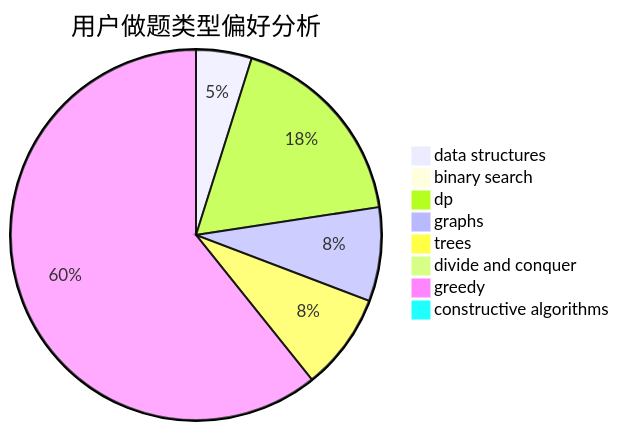
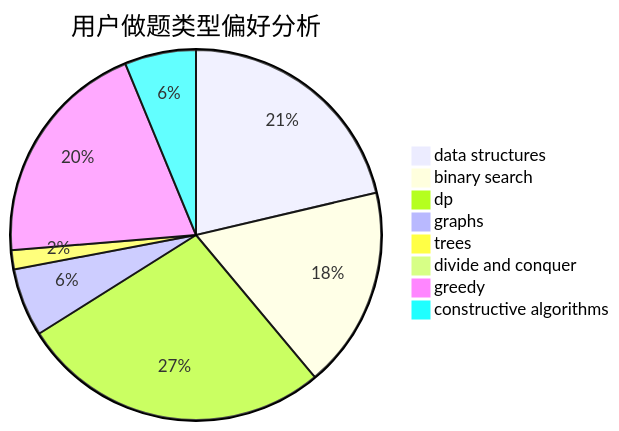
The second of 3 diagrams in docs/user/u1179.md (sherpahu/cfrs.github.io), drawn with Mermaid before and after one commit. The commit also changed other lines of this file and 2770 other files, not shown here.

````diff
--- a/docs/user/u1179.md
+++ b/docs/user/u1179.md
@@ -23,11 +23,11 @@
 ```mermaid
 pie title 用户做题类型偏好分析
-    "data structures" :  54
-    "binary search" :  2
-    "dp" :  197
-    "graphs" :  91
-    "trees" :  94
+    "data structures" :  154
+    "binary search" :  127
+    "dp" :  196
+    "graphs" :  43
+    "trees" :  12
     "divide and conquer" :  0
-    "greedy" :  675
-    "constructive algorithms" :  8
+    "greedy" :  145
+    "constructive algorithms" :  45
 ```
````
